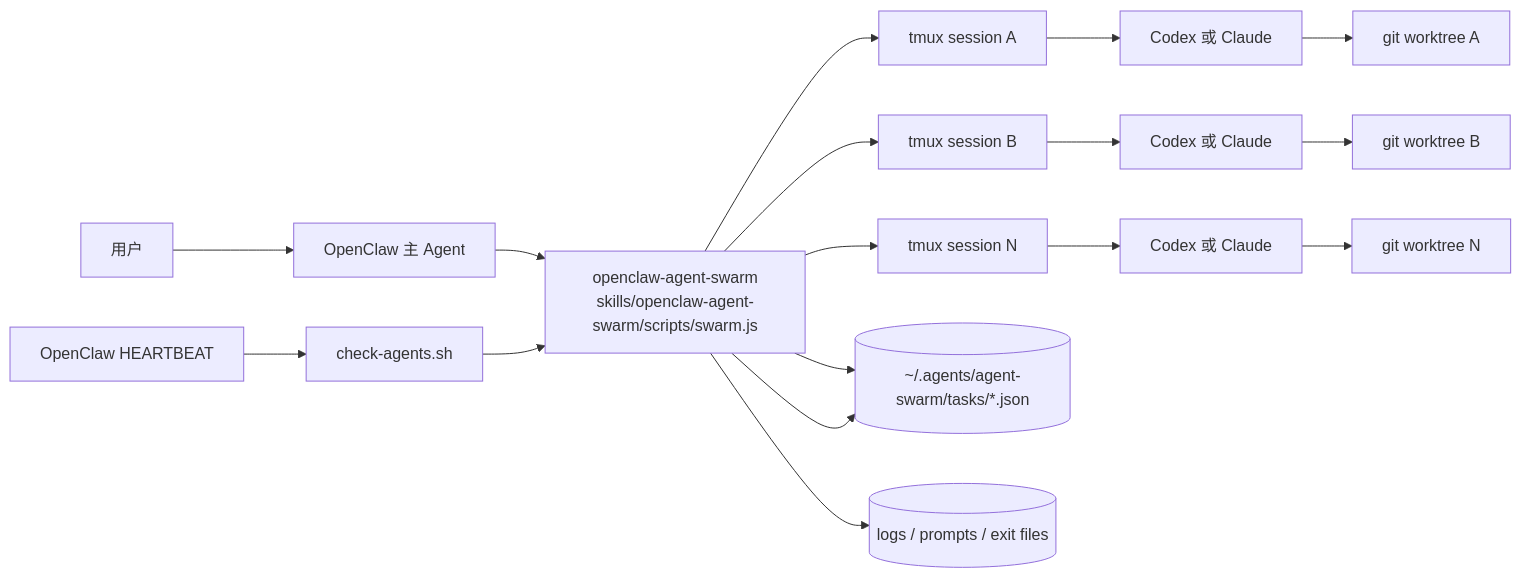
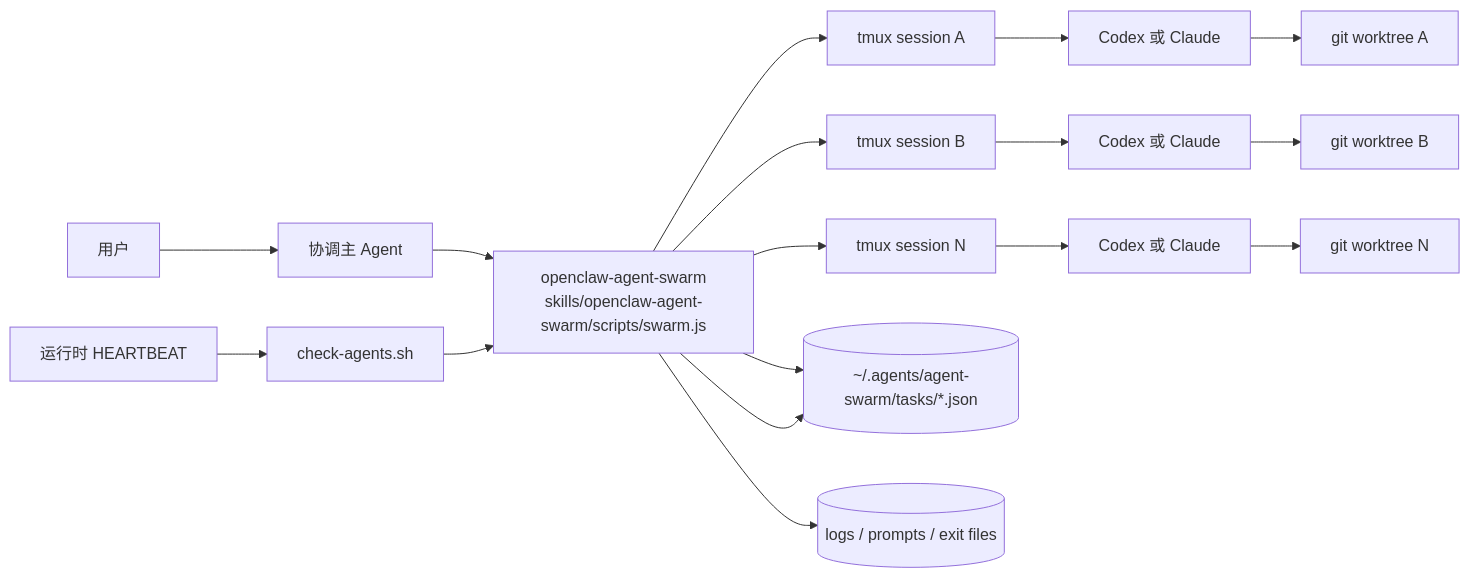
One commit to youzaiAGI/openclaw-agent-swarm-skills changed the first of 2 diagrams in docs/README.zh-CN.md. Above: the diagram before and after it, drawn with Mermaid. The commit also changed other lines of this file and 5 other files, not shown here.

````diff
--- a/docs/README.zh-CN.md
+++ b/docs/README.zh-CN.md
@@ -49,24 +49,24 @@
 ```mermaid
 flowchart LR
-    U[用户] --> OC[OpenClaw 主 Agent]
+    U[用户] --> OC[协调主 Agent]
     OC --> S[openclaw-agent-swarm\nskills/openclaw-agent-swarm/scripts/swarm.js]
 
     S --> T1[tmux session A]
     S --> T2[tmux session B]
     S --> T3[tmux session N]
 
     T1 --> A1[Codex 或 Claude]
     T2 --> A2[Codex 或 Claude]
     T3 --> A3[Codex 或 Claude]
 
     A1 --> W1[git worktree A]
     A2 --> W2[git worktree B]
     A3 --> W3[git worktree N]
 
     S --> R[(~/.agents/agent-swarm/tasks/*.json)]
     S --> L[(logs / prompts / exit files)]
 
-    HB[OpenClaw HEARTBEAT] --> CK[check-agents.sh]
+    HB[运行时 HEARTBEAT] --> CK[check-agents.sh]
     CK --> S
     S --> R
 ```
````
